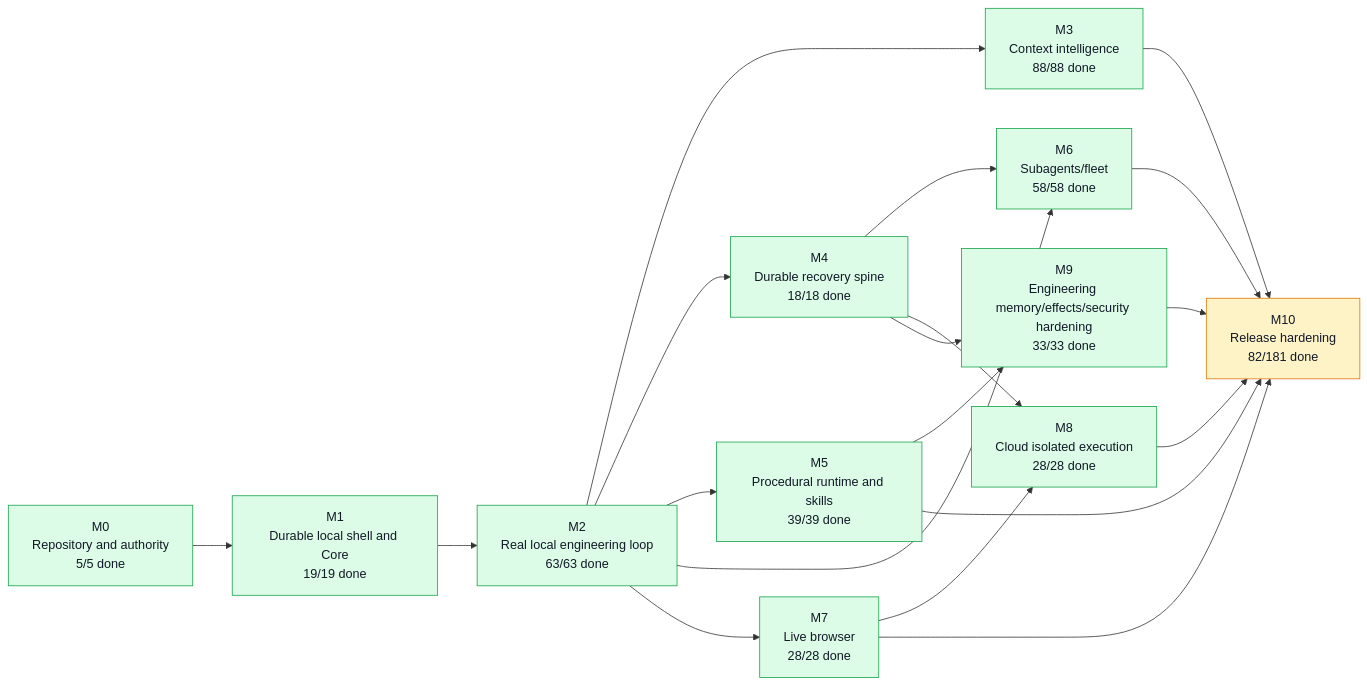
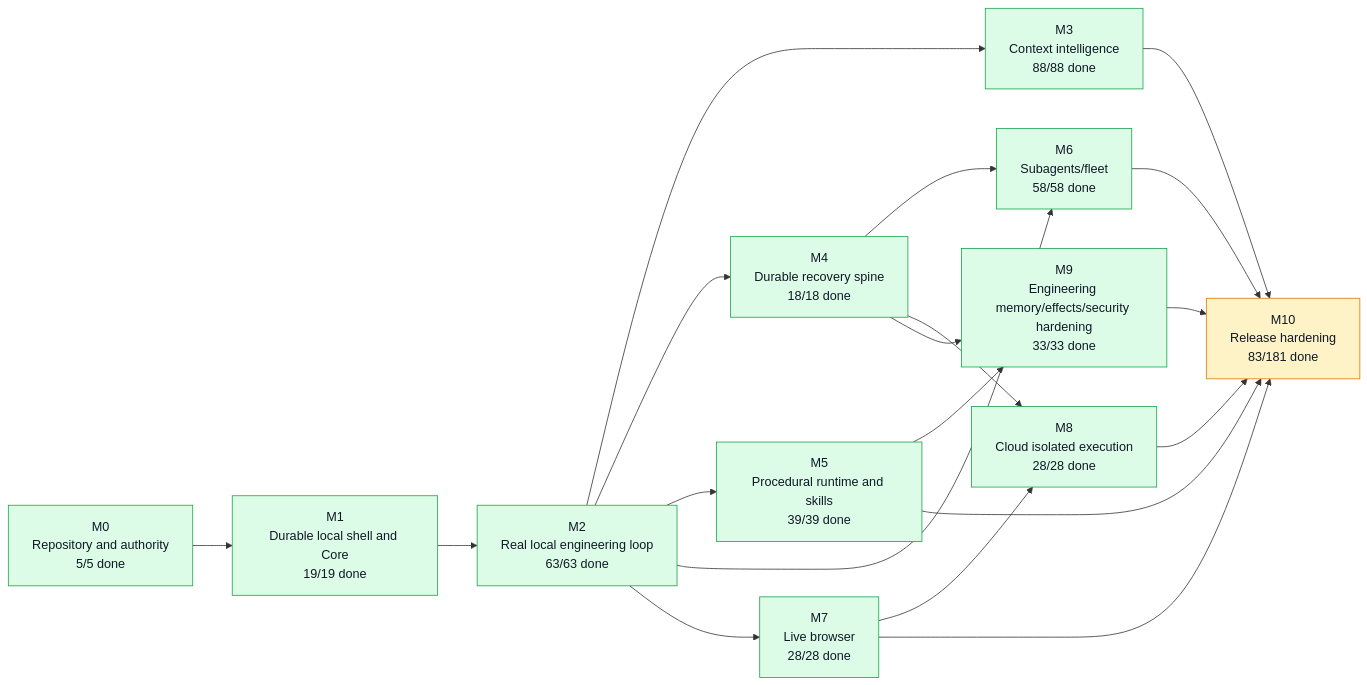
One commit to moss101/modbit changed the first of 5 diagrams in graph/PROJECT_GRAPH.md. Above: the diagram before and after it, drawn with Mermaid. The commit also changed other lines of this file and 5 other files, not shown here.

````diff
--- a/graph/PROJECT_GRAPH.md
+++ b/graph/PROJECT_GRAPH.md
@@ -57,43 +57,43 @@
 ```mermaid
 flowchart LR
   M0["M0<br/>Repository and authority<br/>5/5 done"]
   M1["M1<br/>Durable local shell and Core<br/>19/19 done"]
   M2["M2<br/>Real local engineering loop<br/>63/63 done"]
   M3["M3<br/>Context intelligence<br/>88/88 done"]
   M4["M4<br/>Durable recovery spine<br/>18/18 done"]
   M5["M5<br/>Procedural runtime and skills<br/>39/39 done"]
   M6["M6<br/>Subagents/fleet<br/>58/58 done"]
   M7["M7<br/>Live browser<br/>28/28 done"]
   M8["M8<br/>Cloud isolated execution<br/>28/28 done"]
   M9["M9<br/>Engineering memory/effects/security hardening<br/>33/33 done"]
-  M10["M10<br/>Release hardening<br/>82/181 done"]
+  M10["M10<br/>Release hardening<br/>83/181 done"]
   M0 --> M1
   M1 --> M2
   M2 --> M3
   M2 --> M4
   M2 --> M5
   M2 --> M6
   M4 --> M6
   M2 --> M7
   M4 --> M8
   M7 --> M8
   M4 --> M9
   M5 --> M9
   M3 --> M10
   M5 --> M10
   M6 --> M10
   M7 --> M10
   M8 --> M10
   M9 --> M10
   style M0 fill:#dcfce7,stroke:#16a34a,color:#111827
   style M1 fill:#dcfce7,stroke:#16a34a,color:#111827
   style M2 fill:#dcfce7,stroke:#16a34a,color:#111827
   style M3 fill:#dcfce7,stroke:#16a34a,color:#111827
   style M4 fill:#dcfce7,stroke:#16a34a,color:#111827
   style M5 fill:#dcfce7,stroke:#16a34a,color:#111827
   style M6 fill:#dcfce7,stroke:#16a34a,color:#111827
   style M7 fill:#dcfce7,stroke:#16a34a,color:#111827
   style M8 fill:#dcfce7,stroke:#16a34a,color:#111827
   style M9 fill:#dcfce7,stroke:#16a34a,color:#111827
   style M10 fill:#fef3c7,stroke:#d97706,color:#111827
 ```
````
